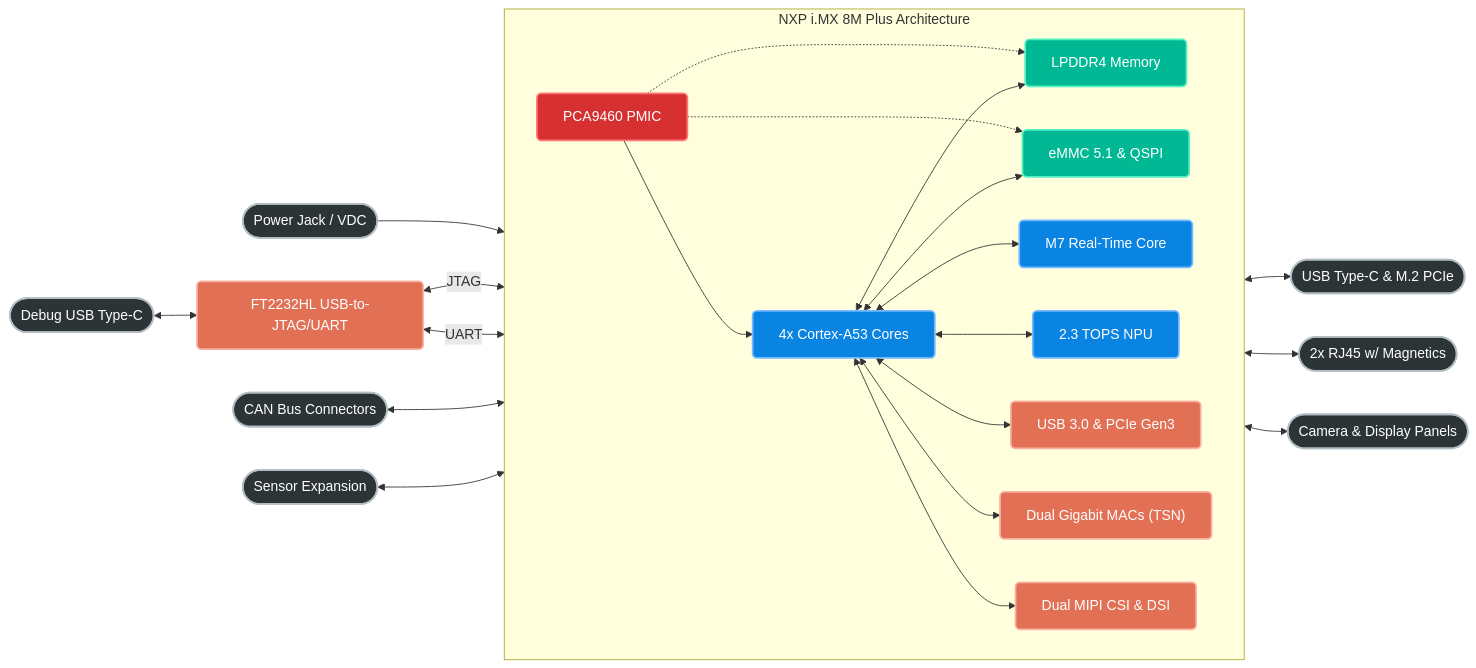
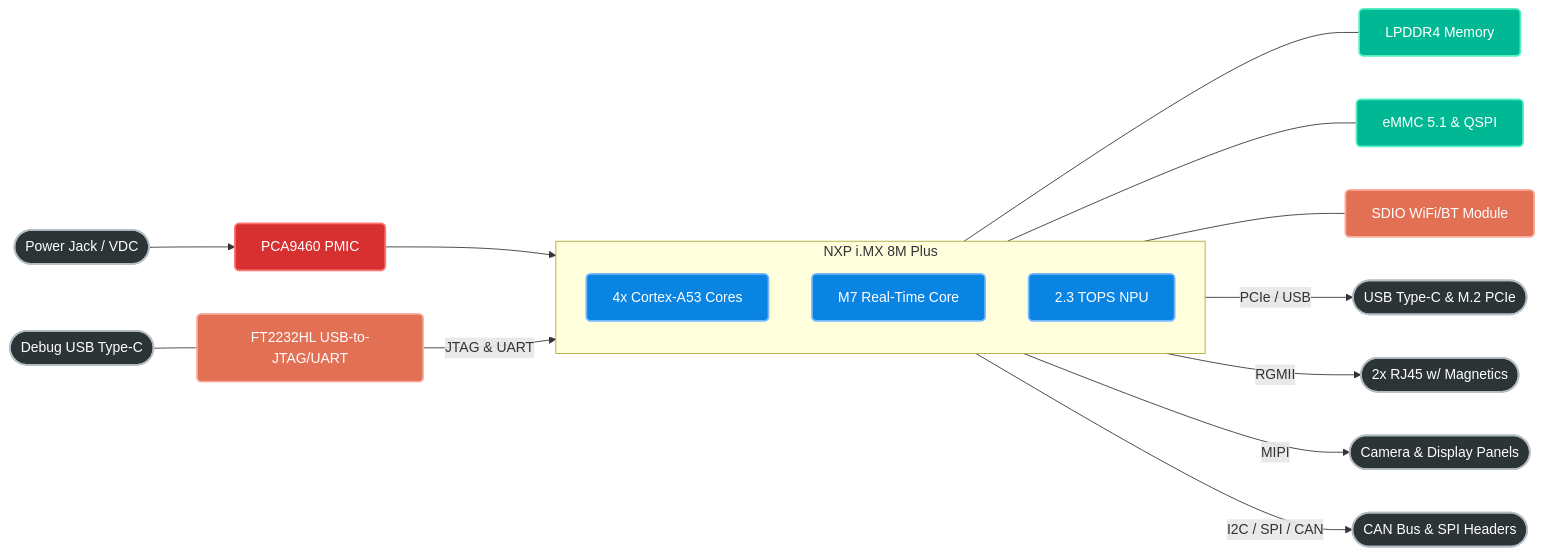
One commit to AhmadAbdel-R/universal-robotics-soc changed the diagram in docs/architecture/imx8mp-system-design.md. Above: the diagram before and after it, drawn with Mermaid.

Commit message:
docs: restructure mermaid diagram to flow strictly left-to-right to avoid rendering tangles

````diff
--- a/docs/architecture/imx8mp-system-design.md
+++ b/docs/architecture/imx8mp-system-design.md
@@ -29,69 +29,52 @@
 ```mermaid
 flowchart LR
     %% Color Definitions
     classDef external fill:#2d3436,stroke:#b2bec3,stroke-width:2px,color:#fff,rx:5px,ry:5px;
     classDef core fill:#0984e3,stroke:#74b9ff,stroke-width:2px,color:#fff,rx:5px,ry:5px;
     classDef memory fill:#00b894,stroke:#55efc4,stroke-width:2px,color:#fff,rx:5px,ry:5px;
     classDef io fill:#e17055,stroke:#fab1a0,stroke-width:2px,color:#fff,rx:5px,ry:5px;
     classDef pwr fill:#d63031,stroke:#ff7675,stroke-width:2px,color:#fff,rx:5px,ry:5px;
-    classDef soc fill:#2d3436,stroke:#636e72,stroke-width:2px,color:#dfe6e9,stroke-dasharray: 5 5;
 
-    %% Left External Connectors
+    %% Left Side: Power & Debug Inputs
     PWR_JACK(["Power Jack / VDC"]):::external
     DEBUG_USB(["Debug USB Type-C"]):::external
-    CAN_CONN(["CAN Bus Connectors"]):::external
-    SPI_CONN(["Sensor Expansion"]):::external
+    
+    %% Support ICs
+    FTDI["FT2232HL USB-to-JTAG/UART"]:::io
+    PMIC["PCA9460 PMIC"]:::pwr
 
-    %% External Support ICs
-    FTDI["FT2232HL USB-to-JTAG/UART"]:::io
-
-    %% Central SoC Grouping
-    subgraph SOC ["NXP i.MX 8M Plus Architecture"]
-        direction LR
-        
-        %% Internal Nodes
-        PMIC["PCA9460 PMIC"]:::pwr
+    %% The SoC
+    subgraph SOC ["NXP i.MX 8M Plus"]
+        direction TB
+        CPU["4x Cortex-A53 Cores"]:::core
         RT["M7 Real-Time Core"]:::core
-        CPU["4x Cortex-A53 Cores"]:::core
         NPU["2.3 TOPS NPU"]:::core
-        RAM["LPDDR4 Memory"]:::memory
-        FLASH["eMMC 5.1 & QSPI"]:::memory
-        
-        %% Combined IO Nodes for cleaner wiring
-        HS_IO["USB 3.0 & PCIe Gen3"]:::io
-        NET_IO["Dual Gigabit MACs (TSN)"]:::io
-        MIPI_IO["Dual MIPI CSI & DSI"]:::io
     end
 
-    %% Right External Connectors
+    %% Internal Subsystems (Grouped right of SoC core)
+    RAM["LPDDR4 Memory"]:::memory
+    FLASH["eMMC 5.1 & QSPI"]:::memory
+    WIFI["SDIO WiFi/BT Module"]:::io
+    
+    %% Right Side: External Interfaces
     USB_PCIE(["USB Type-C & M.2 PCIe"]):::external
     ETH_CONN(["2x RJ45 w/ Magnetics"]):::external
     CAM_DISP(["Camera & Display Panels"]):::external
+    ROBOT_IO(["CAN Bus & SPI Headers"]):::external
 
-    %% Left side routing
+    %% Routing logic (Strict Left-to-Right to prevent tangling)
     PWR_JACK --> PMIC
-    DEBUG_USB <--> FTDI
-    FTDI <-->|JTAG| RT
-    FTDI <-->|UART| CPU
-    CAN_CONN <--> RT
-    SPI_CONN <--> CPU
+    PMIC --> SOC
+    
+    DEBUG_USB --- FTDI
+    FTDI -->|JTAG & UART| SOC
 
-    %% Internal routing (Core logic)
-    PMIC --> CPU
-    PMIC -.-> RAM
-    PMIC -.-> FLASH
-    
-    CPU <--> RT
-    CPU <--> NPU
-    CPU <--> RAM
-    CPU <--> FLASH
-    
-    CPU <--> HS_IO
-    CPU <--> NET_IO
-    CPU <--> MIPI_IO
+    SOC --- RAM
+    SOC --- FLASH
+    SOC --- WIFI
 
-    %% Right side routing
-    HS_IO <--> USB_PCIE
-    NET_IO <--> ETH_CONN
-    MIPI_IO <--> CAM_DISP
+    SOC -->|PCIe / USB| USB_PCIE
+    SOC -->|RGMII| ETH_CONN
+    SOC -->|MIPI| CAM_DISP
+    SOC -->|I2C / SPI / CAN| ROBOT_IO
 ```
````
